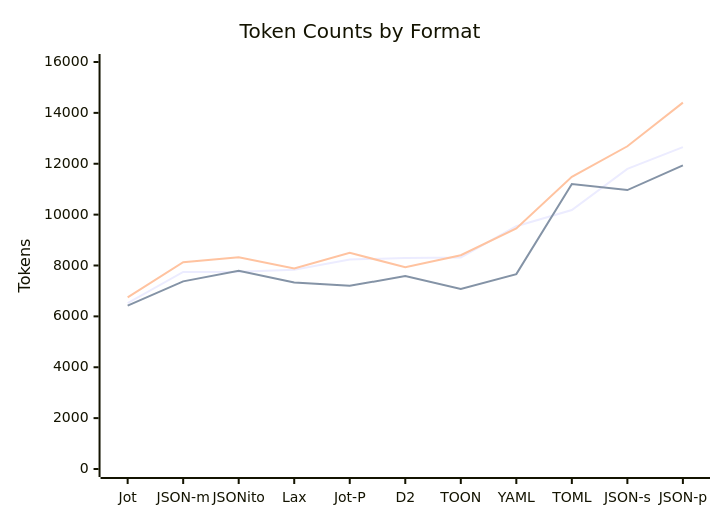
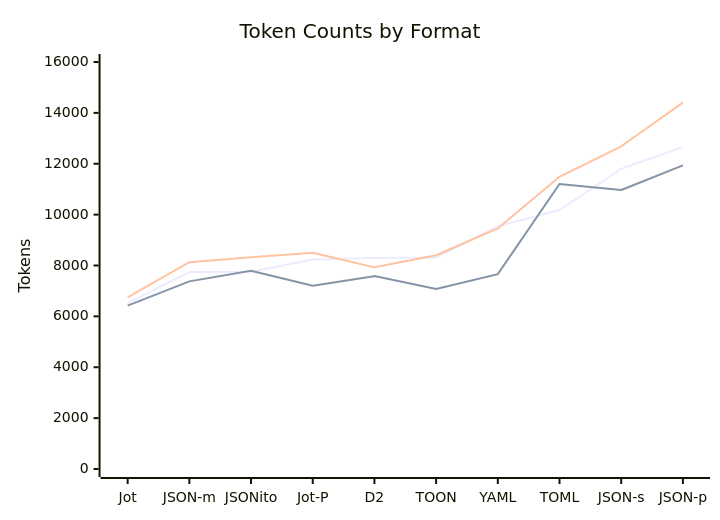
Before and after one commit to creationix/agent-op-agent: the diagram in encoding-formats/SUMMARY.md, drawn with Mermaid. The commit also changed other lines of this file and 33 other files, not shown here.

````diff
--- a/encoding-formats/SUMMARY.md
+++ b/encoding-formats/SUMMARY.md
@@ -14,9 +14,9 @@
 ```mermaid
 xychart-beta
     title "Token Counts by Format"
-    x-axis ["Jot", "JSON-m", "JSONito", "Lax", "Jot-P", "D2", "TOON", "YAML", "TOML", "JSON-s", "JSON-p"]
+    x-axis ["Jot", "JSON-m", "JSONito", "Jot-P", "D2", "TOON", "YAML", "TOML", "JSON-s", "JSON-p"]
     y-axis "Tokens" 0 --> 16000
-    line "Qwen" [6525, 7748, 7757, 7832, 8239, 8292, 8315, 9543, 10180, 11799, 12656]
-    line "Legacy" [6420, 7377, 7794, 7335, 7204, 7582, 7079, 7661, 11204, 10966, 11937]
-    line "Claude" [6747, 8132, 8327, 7881, 8500, 7928, 8405, 9456, 11485, 12687, 14403]
+    line "Qwen" [6525, 7748, 7757, 8239, 8292, 8315, 9543, 10180, 11799, 12656]
+    line "Legacy" [6420, 7377, 7794, 7204, 7582, 7079, 7661, 11204, 10966, 11937]
+    line "Claude" [6747, 8132, 8327, 8500, 7928, 8405, 9456, 11485, 12687, 14403]
 ```
````
